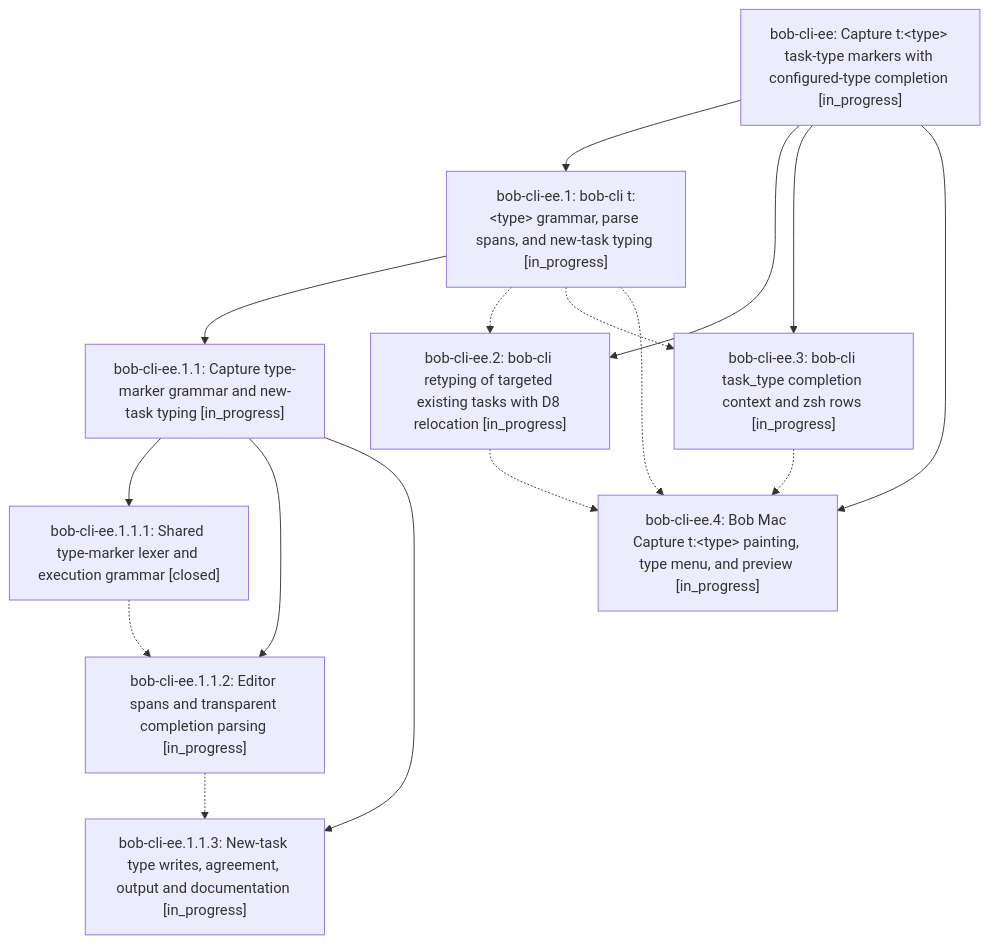
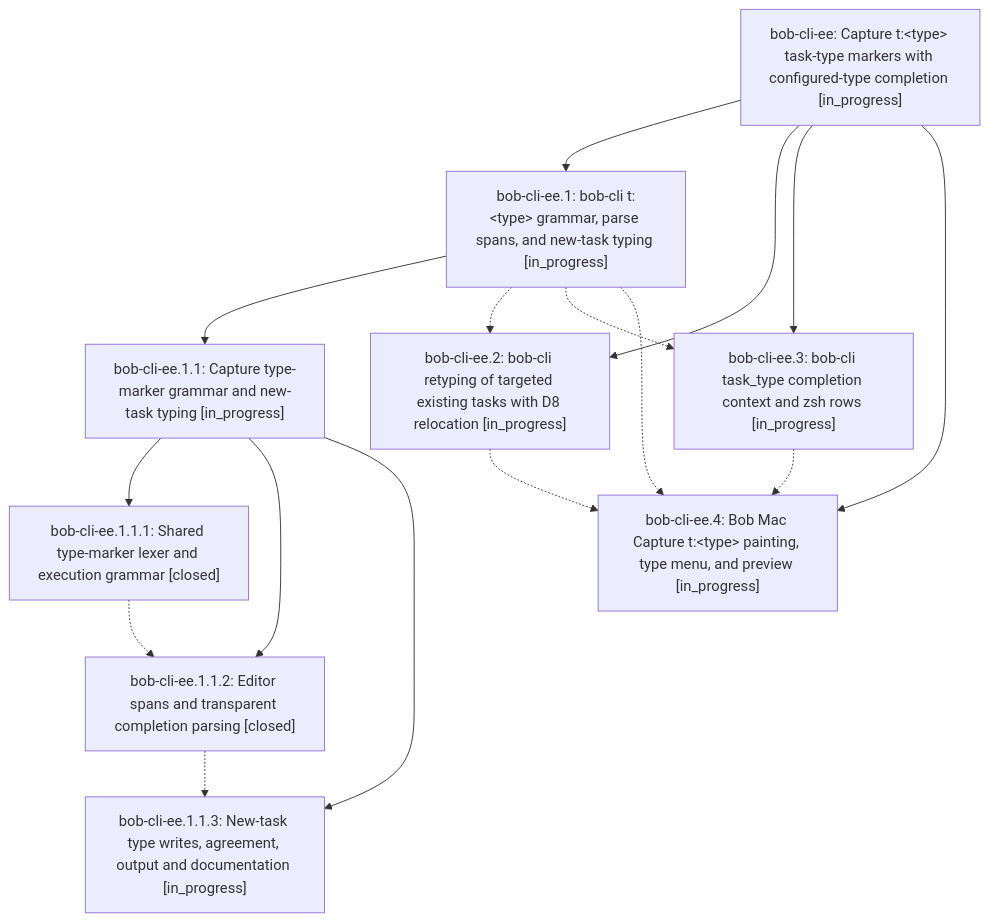
The diagram in pages/bob-cli-ee/README.md (bobs-org/bob-cli--beads), drawn with Mermaid before and after one commit. The commit also changed other lines of this file and 3 other files, not shown here.

First line of the commit message:
chore(beads): sync bead state and pages for bob-cli-ee

````diff
--- a/pages/bob-cli-ee/README.md
+++ b/pages/bob-cli-ee/README.md
@@ -37,27 +37,27 @@
 ```mermaid
 flowchart TD
     n0["bob-cli-ee: Capture t:&lt;type&gt; task-type markers with configured-type completion [in_progress]"]
     n1["bob-cli-ee.1: bob-cli t:&lt;type&gt; grammar, parse spans, and new-task typing [in_progress]"]
     n2["bob-cli-ee.1.1: Capture type-marker grammar and new-task typing [in_progress]"]
     n3["bob-cli-ee.1.1.1: Shared type-marker lexer and execution grammar [closed]"]
-    n4["bob-cli-ee.1.1.2: Editor spans and transparent completion parsing [in_progress]"]
+    n4["bob-cli-ee.1.1.2: Editor spans and transparent completion parsing [closed]"]
     n5["bob-cli-ee.1.1.3: New-task type writes, agreement, output and documentation [in_progress]"]
     n6["bob-cli-ee.2: bob-cli retyping of targeted existing tasks with D8 relocation [in_progress]"]
     n7["bob-cli-ee.3: bob-cli task_type completion context and zsh rows [in_progress]"]
     n8["bob-cli-ee.4: Bob Mac Capture t:&lt;type&gt; painting, type menu, and preview [in_progress]"]
     n0 --> n1
     n1 --> n2
     n2 --> n3
     n2 --> n4
     n2 --> n5
     n0 --> n6
     n0 --> n7
     n0 --> n8
     n1 -.-> n6
     n1 -.-> n7
     n1 -.-> n8
     n3 -.-> n4
     n4 -.-> n5
     n6 -.-> n8
     n7 -.-> n8
 ```
````
